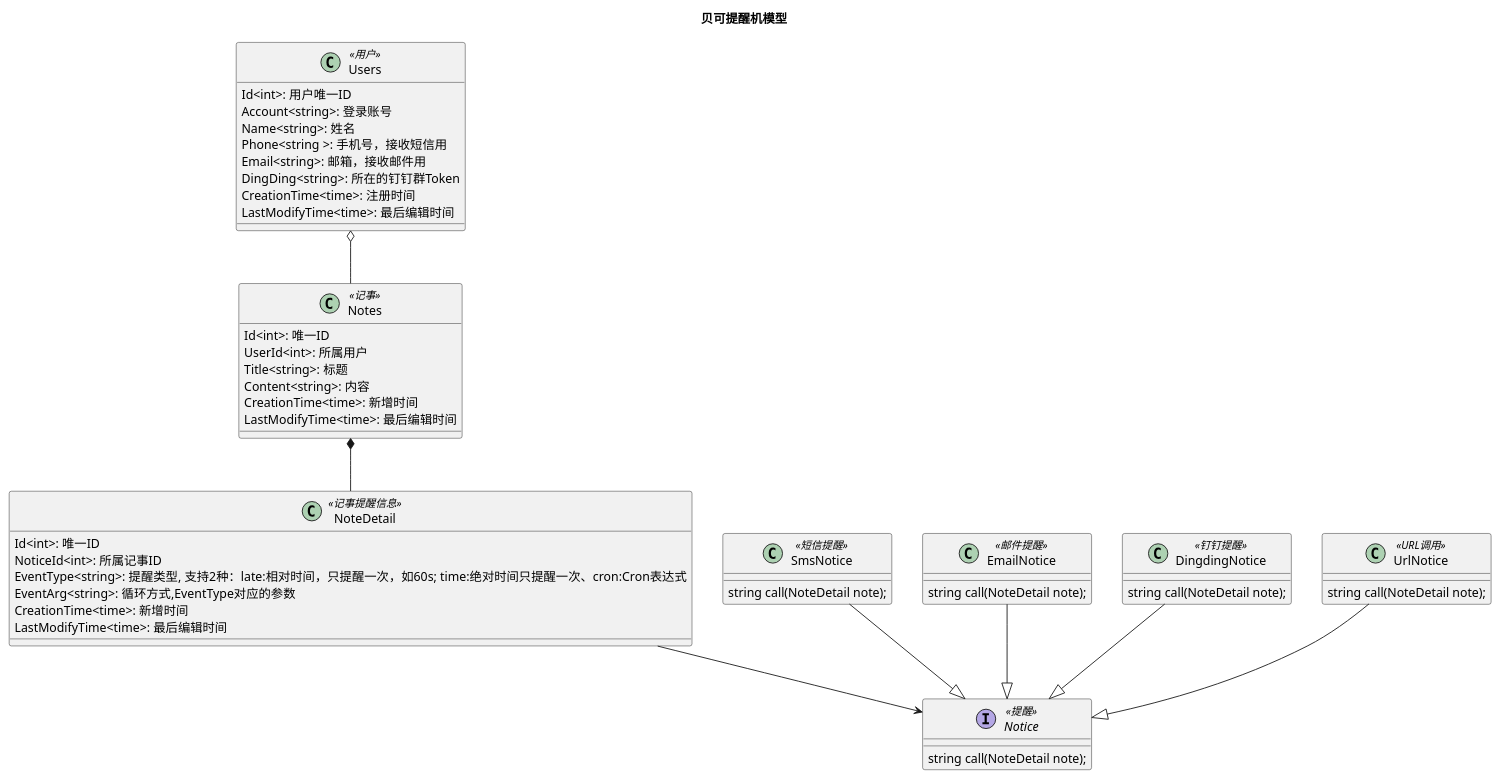
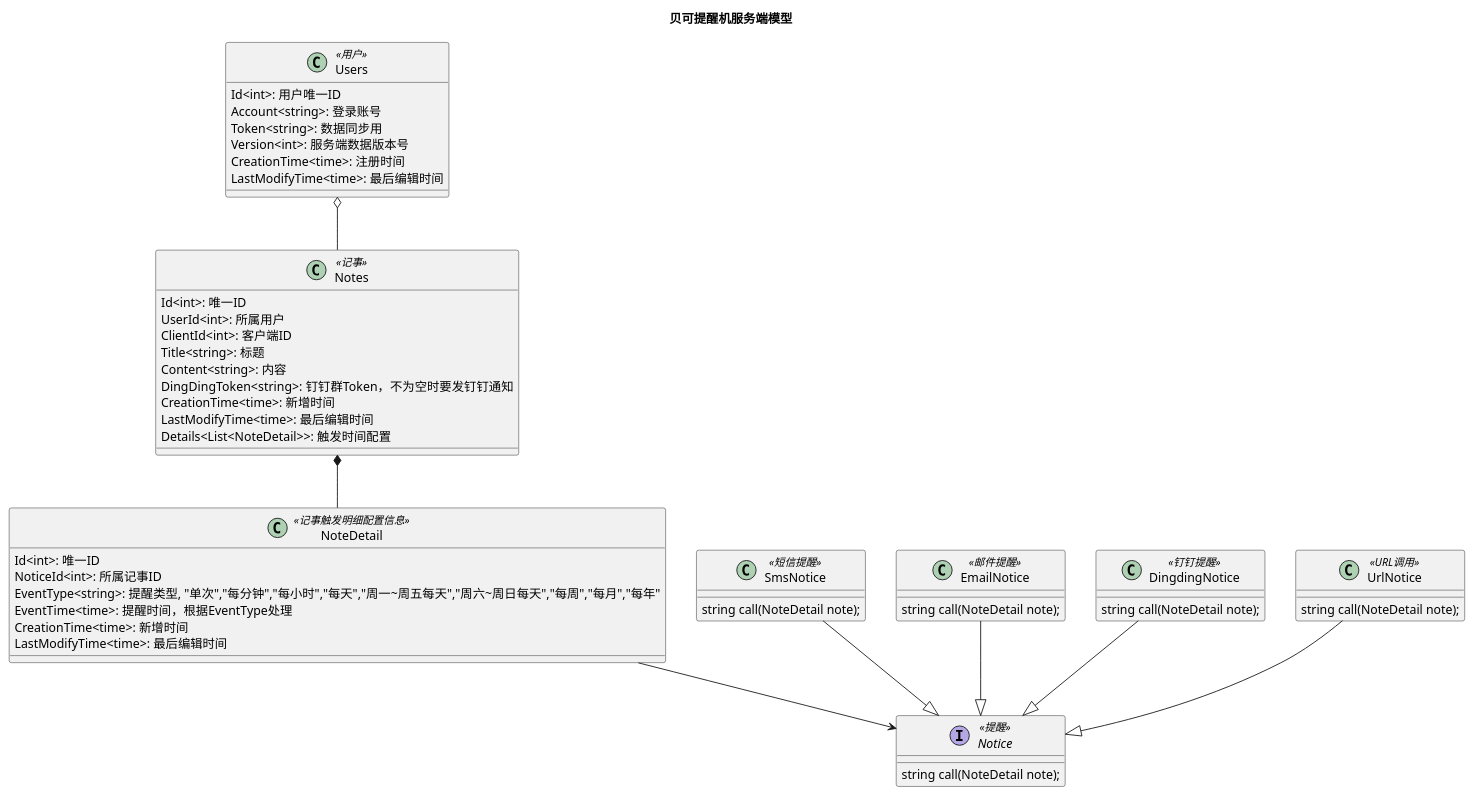
The fourth of 4 diagrams in RemindClock/README.md (youbl/products), drawn with PlantUML before and after one commit. The commit also changed other lines of this file, not shown here.

Commit message:
提醒时间工具：流程图和模型图调整，未完成

````diff
--- a/RemindClock/README.md
+++ b/RemindClock/README.md
@@ -100,58 +151,59 @@
 ```plantuml
 @startuml
-title 贝可提醒机模型
+title 贝可提醒机服务端模型
 class Users<<用户>>{
     Id<int>: 用户唯一ID
     Account<string>: 登录账号
-    Name<string>: 姓名
-    Phone<string >: 手机号，接收短信用
-    Email<string>: 邮箱，接收邮件用
-    DingDing<string>: 所在的钉钉群Token
+    Token<string>: 数据同步用
+    Version<int>: 服务端数据版本号
     CreationTime<time>: 注册时间
     LastModifyTime<time>: 最后编辑时间
 }
 
 class Notes<<记事>>{
     Id<int>: 唯一ID
     UserId<int>: 所属用户
+    ClientId<int>: 客户端ID
     Title<string>: 标题
     Content<string>: 内容
+    DingDingToken<string>: 钉钉群Token，不为空时要发钉钉通知
     CreationTime<time>: 新增时间
     LastModifyTime<time>: 最后编辑时间
+    Details<List<NoteDetail>>: 触发时间配置
 }
 
-class NoteDetail<<记事提醒信息>>{
+class NoteDetail<<记事触发明细配置信息>>{
     Id<int>: 唯一ID
     NoticeId<int>: 所属记事ID
-    EventType<string>: 提醒类型, 支持2种：late:相对时间，只提醒一次，如60s; time:绝对时间只提醒一次、cron:Cron表达式
-    EventArg<string>: 循环方式,EventType对应的参数
+    EventType<string>: 提醒类型, "单次","每分钟","每小时","每天","周一~周五每天","周六~周日每天","每周","每月","每年"
+    EventTime<time>: 提醒时间，根据EventType处理
     CreationTime<time>: 新增时间
     LastModifyTime<time>: 最后编辑时间
 }
 
 interface Notice<<提醒>> {
     string call(NoteDetail note);
 }
 
 class SmsNotice<<短信提醒>> {
     string call(NoteDetail note);
 }
 class EmailNotice<<邮件提醒>> {
     string call(NoteDetail note);
 }
 class DingdingNotice<<钉钉提醒>> {
     string call(NoteDetail note);
 }
 class UrlNotice<<URL调用>> {
     string call(NoteDetail note);
 }
 
 Users o-- Notes
 Notes *-- NoteDetail
 SmsNotice --|> Notice
 EmailNotice --|> Notice
 DingdingNotice --|> Notice
 UrlNotice --|> Notice
 NoteDetail --> Notice
 @enduml
 ```
````
